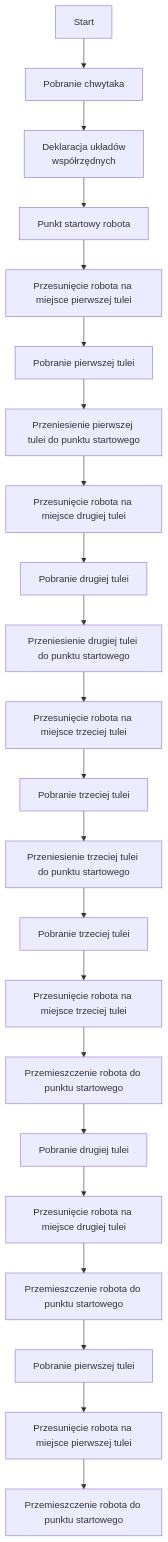
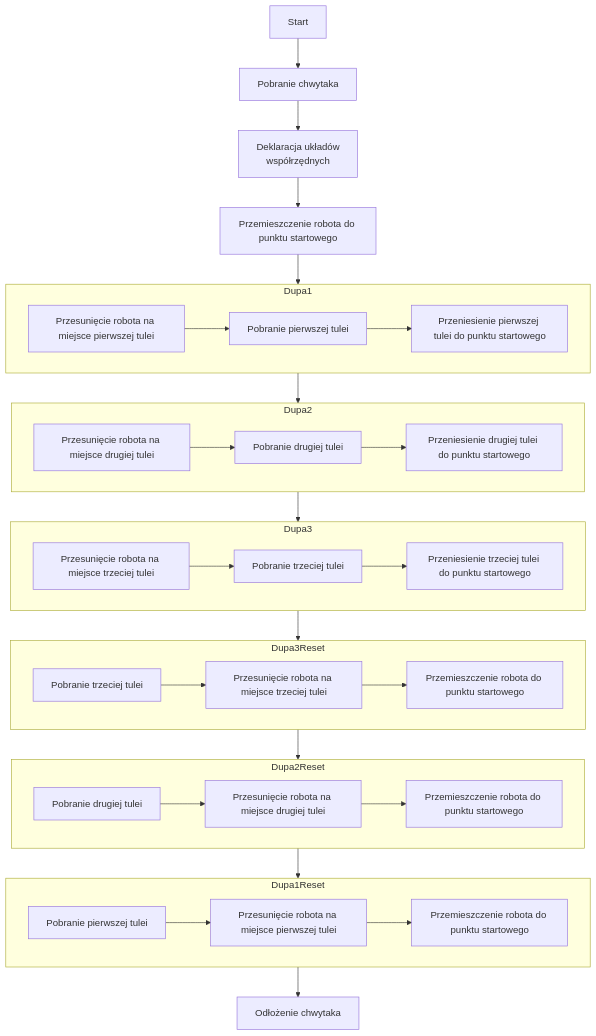
The diagram in README.md (Henipiter/markdown-test), drawn with Mermaid before and after one commit.

Commit message:
Dodanie wysp

````diff
--- a/README.md
+++ b/README.md
@@ -1,31 +1,49 @@
 ```mermaid
-  graph TD;
-      Start-->B[Pobranie chwytaka];
-      B-->C[Deklaracja układów\nwspółrzędnych];
-      C-->D1[Punkt startowy robota];
+  flowchart TD;
+  Start-->B[Pobranie chwytaka];
+  B-->C1[Deklaracja układów\nwspółrzędnych];
+  C1-->C[Przemieszczenie robota do punktu startowego]
 
-      D1-->D2[Przesunięcie robota na miejsce pierwszej tulei]
-      D2-->D3[Pobranie pierwszej tulei]
-      D3-->E1[Przeniesienie pierwszej tulei do punktu startowego]
+subgraph tuleja1 [Dupa1]
+  D2[Przesunięcie robota na miejsce pierwszej tulei]-->D3[Pobranie pierwszej tulei]
+  D3-->D4[Przeniesienie pierwszej tulei do punktu startowego]
+end
 
-      E1-->E2[Przesunięcie robota na miejsce drugiej tulei]
-      E2-->E3[Pobranie drugiej tulei]
-      E3-->F1[Przeniesienie drugiej tulei do punktu startowego]
+subgraph tuleja2 [Dupa2]
+  E2[Przesunięcie robota na miejsce drugiej tulei]-->E3[Pobranie drugiej tulei]
+  E3-->E4[Przeniesienie drugiej tulei do punktu startowego]
+end
+subgraph tuleja3 [Dupa3]
+  F2[Przesunięcie robota na miejsce trzeciej tulei] -->F3[Pobranie trzeciej tulei]
+  F3-->F4[Przeniesienie trzeciej tulei do punktu startowego]
+end
 
-      F1-->F2[Przesunięcie robota na miejsce trzeciej tulei]
-      F2-->F3[Pobranie trzeciej tulei]
-      F3-->G1[Przeniesienie trzeciej tulei do punktu startowego]
 
-      G1-->G2[Pobranie trzeciej tulei]
-      G2-->G3[Przesunięcie robota na miejsce trzeciej tulei]
-      G3-->H1[Przemieszczenie robota do punktu startowego]
+C-->tuleja1
+tuleja1 --> tuleja2
+tuleja2 -->tuleja3
+tuleja3 -->tuleja3reset
 
-      H1-->H2[Pobranie drugiej tulei]
-      H2-->H3[Przesunięcie robota na miejsce drugiej tulei]
-      H3-->I1[Przemieszczenie robota do punktu startowego]
 
-      I1-->I2[Pobranie pierwszej tulei]
-      I2-->I3[Przesunięcie robota na miejsce pierwszej tulei]
-      I3-->I4[Przemieszczenie robota do punktu startowego]
+subgraph tuleja3reset [Dupa3Reset]
+  G2[Pobranie trzeciej tulei]-->G3[Przesunięcie robota na miejsce trzeciej tulei]
+  G3-->G4[Przemieszczenie robota do punktu startowego]
+end
+
+subgraph tuleja2reset [Dupa2Reset]
+  H2[Pobranie drugiej tulei]-->H3[Przesunięcie robota na miejsce drugiej tulei]
+  H3-->I1[Przemieszczenie robota do punktu startowego]
+end
+subgraph tuleja1reset [Dupa1Reset]
+  I2[Pobranie pierwszej tulei] -->I3[Przesunięcie robota na miejsce pierwszej tulei]
+  I3-->I4[Przemieszczenie robota do punktu startowego]
+end
+
+
+       
+tuleja3reset -->tuleja2reset
+tuleja2reset -->tuleja1reset
+
+      tuleja1reset-->J[Odłożenie chwytaka]
   
 ```
````
